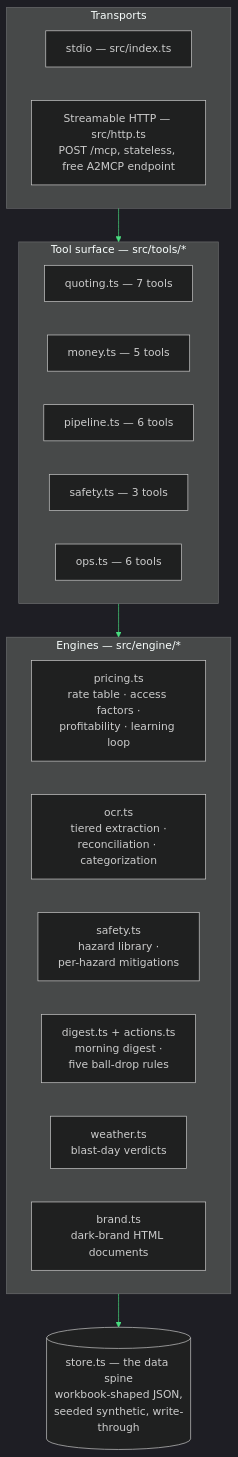
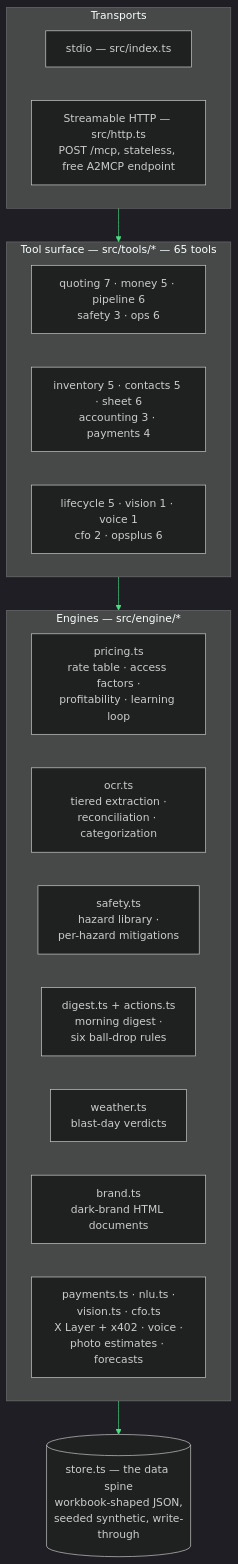
Before and after one commit to kr8tiv-ai/evolved: the diagram in docs/ARCHITECTURE.md, drawn with Mermaid. The commit also changed other lines of this file and 26 other files, not shown here.

````diff
--- a/docs/ARCHITECTURE.md
+++ b/docs/ARCHITECTURE.md
@@ -10,25 +10,24 @@
 ```mermaid
 %%{init: {"theme": "dark", "themeVariables": {"primaryColor": "#101010", "primaryBorderColor": "#4ade80", "primaryTextColor": "#f3f4f6", "lineColor": "#4ade80"}}}%%
 flowchart TB
     subgraph transports [Transports]
         A[stdio — src/index.ts]
         B[Streamable HTTP — src/http.ts<br>POST /mcp, stateless, free A2MCP endpoint]
     end
-    subgraph surface [Tool surface — src/tools/*]
-        Q[quoting.ts — 7 tools]
-        M[money.ts — 5 tools]
-        P[pipeline.ts — 6 tools]
-        S[safety.ts — 3 tools]
-        O[ops.ts — 6 tools]
+    subgraph surface [Tool surface — src/tools/* — 65 tools]
+        Q[quoting 7 · money 5 · pipeline 6<br>safety 3 · ops 6]
+        R[inventory 5 · contacts 5 · sheet 6<br>accounting 3 · payments 4]
+        S2[lifecycle 5 · vision 1 · voice 1<br>cfo 2 · opsplus 6]
     end
     subgraph engines [Engines — src/engine/*]
         E1[pricing.ts<br>rate table · access factors ·<br>profitability · learning loop]
         E2[ocr.ts<br>tiered extraction ·<br>reconciliation · categorization]
         E3[safety.ts<br>hazard library ·<br>per-hazard mitigations]
-        E4[digest.ts + actions.ts<br>morning digest ·<br>five ball-drop rules]
+        E4[digest.ts + actions.ts<br>morning digest ·<br>six ball-drop rules]
         E5[weather.ts<br>blast-day verdicts]
         E6[brand.ts<br>dark-brand HTML documents]
+        E7[payments.ts · nlu.ts ·<br>vision.ts · cfo.ts<br>X Layer + x402 · voice ·<br>photo estimates · forecasts]
     end
     D[(store.ts — the data spine<br>workbook-shaped JSON,<br>seeded synthetic, write-through)]
     transports --> surface --> engines --> D
 ```
````
